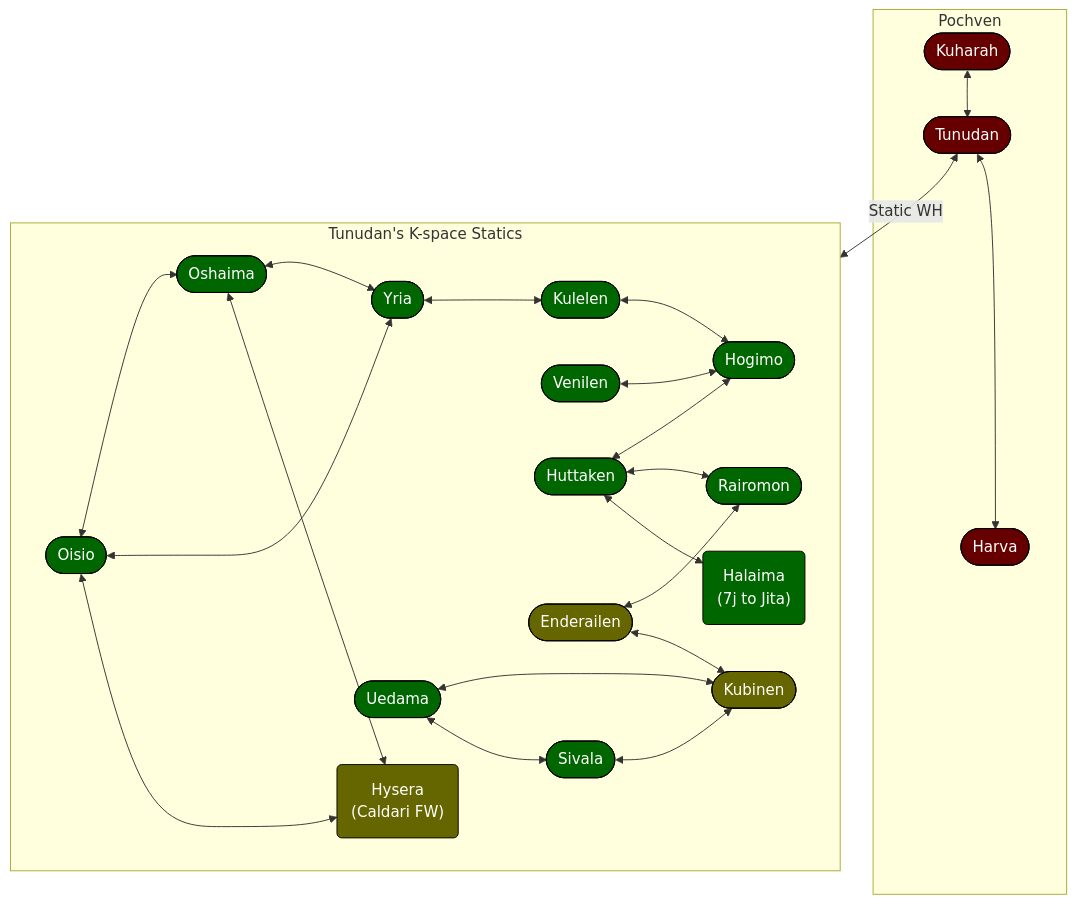
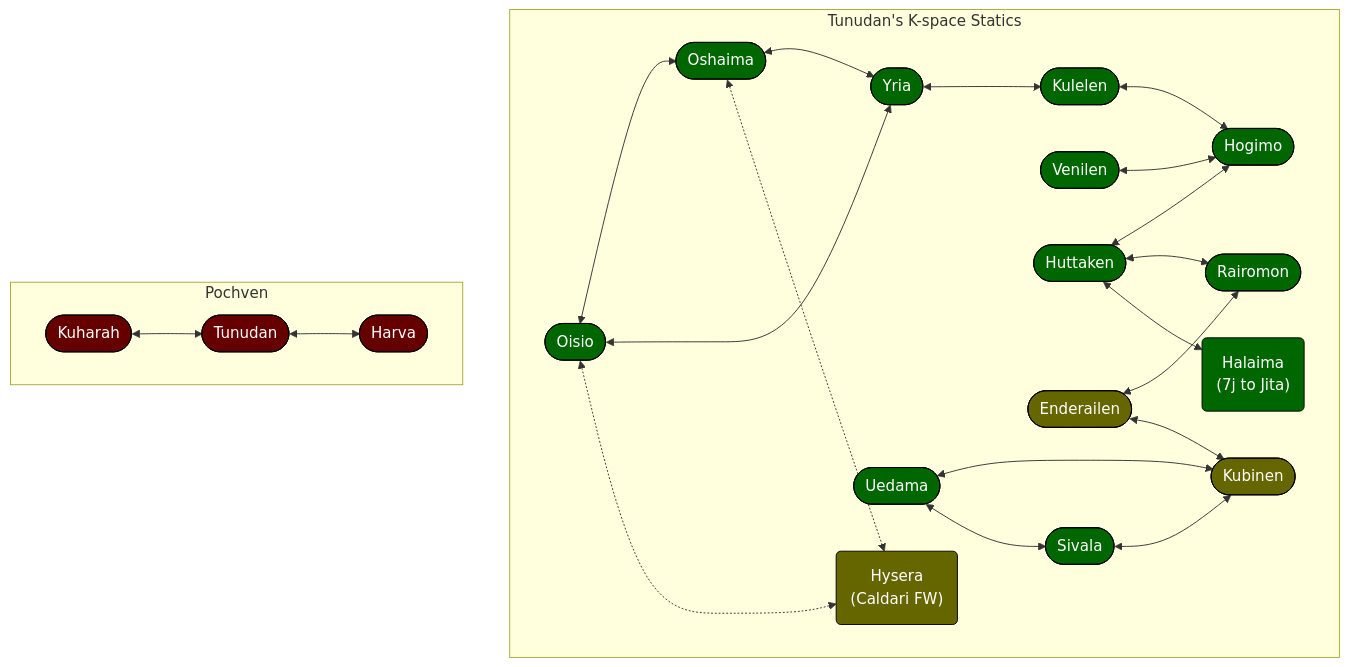
The diagram in eve/pochven/pochven.md (JessieArr/DancersGame), drawn with Mermaid before and after one commit. The commit also changed 2 other files, not shown here.

Commit message:
Adjusting graph layout.

````diff
--- a/eve/pochven/pochven.md
+++ b/eve/pochven/pochven.md
@@ -21,41 +21,40 @@
 ```mermaid
 graph TD
-    subgraph pochven [Pochven]
-        Tunudan([Tunudan]) <--> Harva([Harva])
-        Kuharah([Kuharah]) <--> Tunudan
-        Tunudan:::nullsec
-        Harva:::nullsec
-        Kuharah:::nullsec
-    end
     subgraph statics [Tunudan's K-space Statics]
         Oisio([Oisio]):::highsec
         Oshaima([Oshaima]):::highsec
         Yria([Yria]):::highsec
         Kulelen([Kulelen]):::highsec
         Venilen([Venilen]):::highsec
         Hogimo([Hogimo]):::highsec
         Huttaken([Huttaken]):::highsec
         Rairomon([Rairomon]):::highsec
         Enderailen([Enderailen]):::lowsec
         Kubinen([Kubinen]):::lowsec
         Uedama([Uedama]):::highsec
         Sivala([Sivala]):::highsec
         Halaima("Halaima
         (7j to Jita)"):::highsec
         Hysera("Hysera
         (Caldari FW)"):::lowsec
         Oisio <--> Oshaima
         Oisio & Oshaima <--> Yria
         Yria <--> Kulelen
         Kulelen & Venilen & Huttaken <--> Hogimo
         Huttaken & Enderailen <--> Rairomon
         Uedama & Sivala & Enderailen <--> Kubinen
         Uedama <--> Sivala
         Huttaken <--> Halaima
-        Oisio & Oshaima <--> Hysera
+        Oisio & Oshaima <-.-> Hysera
     end
-    Tunudan <-->|Static WH| statics
+    subgraph pochven [Pochven]
+        Tunudan([Tunudan]) <--> Harva([Harva])
+        Kuharah([Kuharah]) <--> Tunudan
+        Tunudan:::nullsec
+        Harva:::nullsec
+        Kuharah:::nullsec
+    end
     classDef nullsec fill:#600,stroke:#000,color:#fff
     classDef lowsec fill:#660,stroke:#000,color:#fff
     classDef highsec fill:#060,stroke:#000,color:#fff
 ```
````
